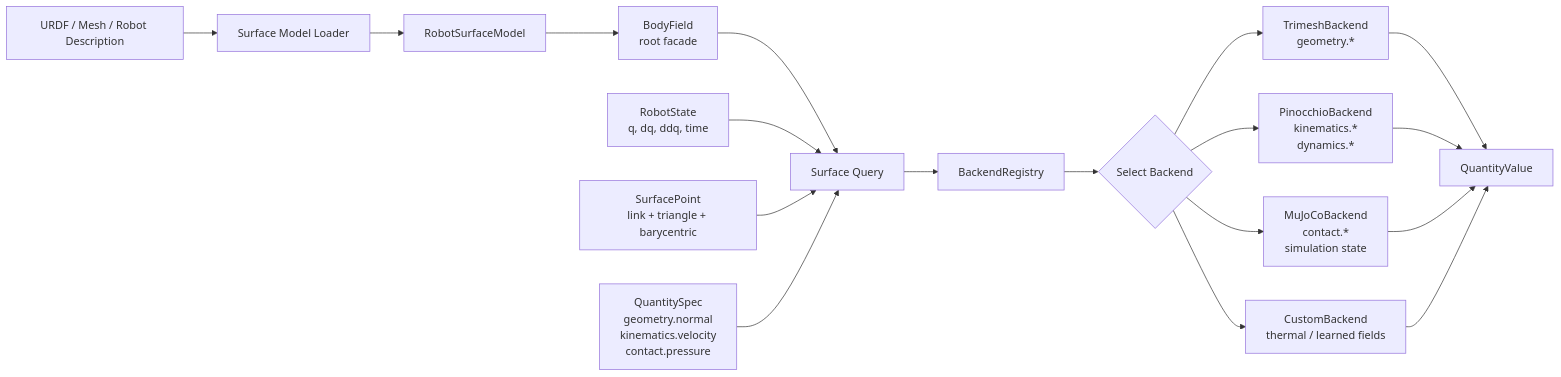
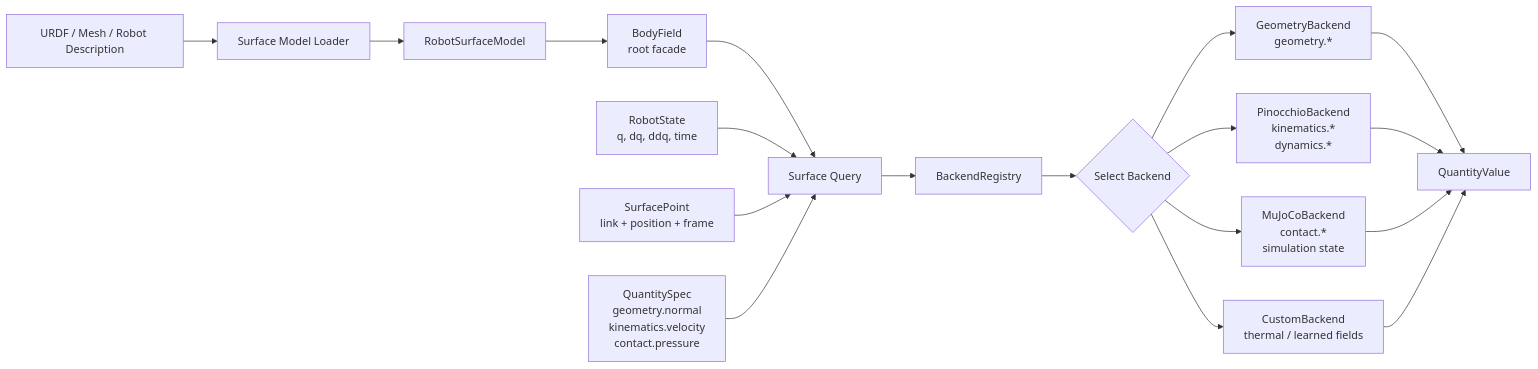
One commit to MathRobotics/body-field changed the first of 2 diagrams in docs/backend-interface-design.md. Above: the diagram before and after it, drawn with Mermaid. The commit also changed other lines of this file and 25 other files, not shown here.

````diff
--- a/docs/backend-interface-design.md
+++ b/docs/backend-interface-design.md
@@ -398,24 +394,24 @@
 ```mermaid
 flowchart LR
     URDF[URDF / Mesh / Robot Description] --> Loader[Surface Model Loader]
     Loader --> Model[RobotSurfaceModel]
     Model --> Field[BodyField<br/>root facade]
 
     Field --> Query[Surface Query]
     State[RobotState<br/>q, dq, ddq, time] --> Query
-    Point[SurfacePoint<br/>link + triangle + barycentric] --> Query
+    Point[SurfacePoint<br/>link + position + frame] --> Query
     Quantity[QuantitySpec<br/>geometry.normal<br/>kinematics.velocity<br/>contact.pressure] --> Query
 
     Query --> Registry[BackendRegistry]
     Registry --> Select{Select Backend}
 
-    Select --> Trimesh[TrimeshBackend<br/>geometry.*]
+    Select --> Geometry[GeometryBackend<br/>geometry.*]
     Select --> Pinocchio[PinocchioBackend<br/>kinematics.*<br/>dynamics.*]
     Select --> Mujoco[MuJoCoBackend<br/>contact.*<br/>simulation state]
     Select --> Custom[CustomBackend<br/>thermal / learned fields]
 
-    Trimesh --> Result[QuantityValue]
+    Geometry --> Result[QuantityValue]
     Pinocchio --> Result
     Mujoco --> Result
     Custom --> Result
 ```
````
